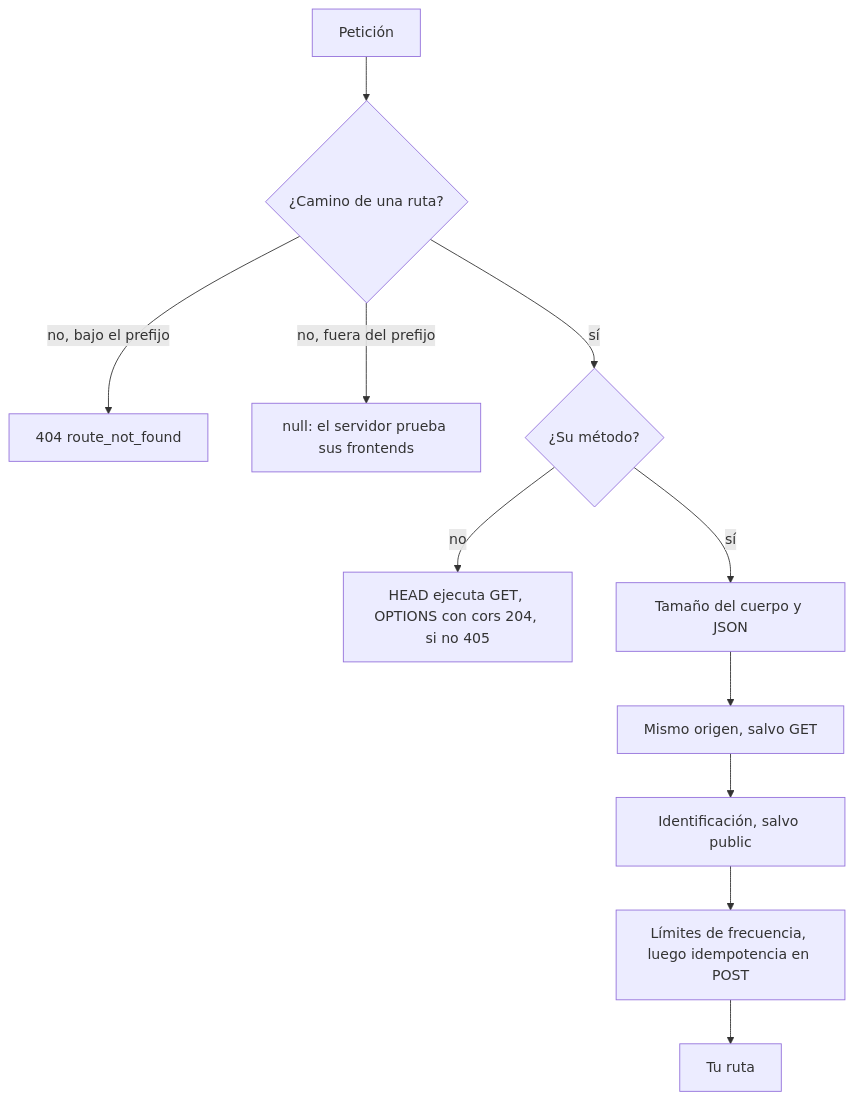
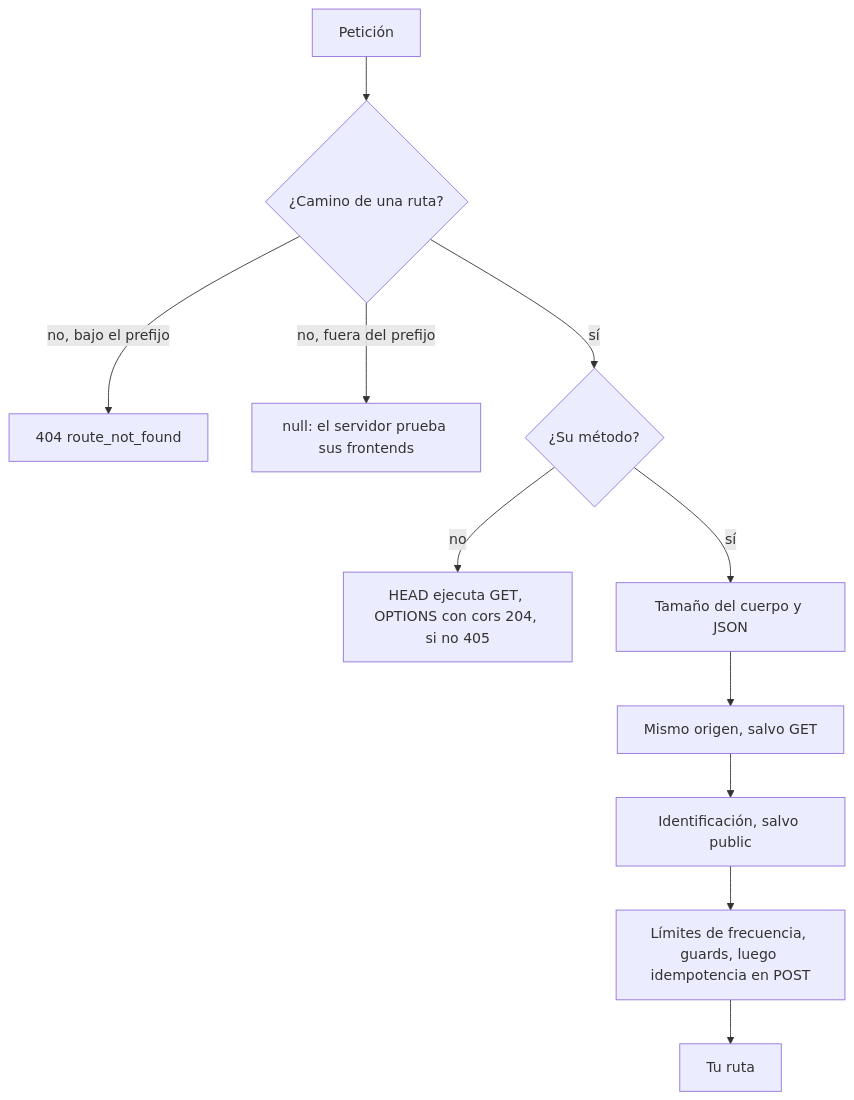
Before and after one commit to newt-js/newt: the diagram in web/src/content/docs/es/reference/http.md, drawn with Mermaid. The commit also changed other lines of this file and 7 other files, not shown here.

````diff
--- a/web/src/content/docs/es/reference/http.md
+++ b/web/src/content/docs/es/reference/http.md
@@ -78,13 +79,13 @@
 ```mermaid
 flowchart TD
   request["Petición"] --> path{"¿Camino de una ruta?"}
   path -->|"no, bajo el prefijo"| notFound["404 route_not_found"]
   path -->|"no, fuera del prefijo"| none["null: el servidor prueba sus frontends"]
   path -->|"sí"| method{"¿Su método?"}
   method -->|"no"| other["HEAD ejecuta GET, OPTIONS con cors 204, si no 405"]
   method -->|"sí"| body["Tamaño del cuerpo y JSON"]
   body --> origin["Mismo origen, salvo GET"]
   origin --> signIn["Identificación, salvo public"]
-  signIn --> limits["Límites de frecuencia, luego idempotencia en POST"]
+  signIn --> limits["Límites de frecuencia, guards, luego idempotencia en POST"]
   limits --> route["Tu ruta"]
 ```
````
